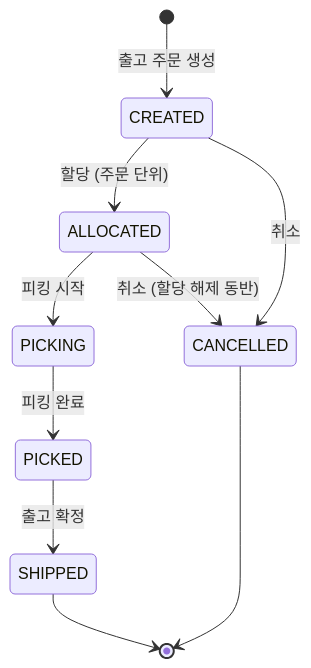
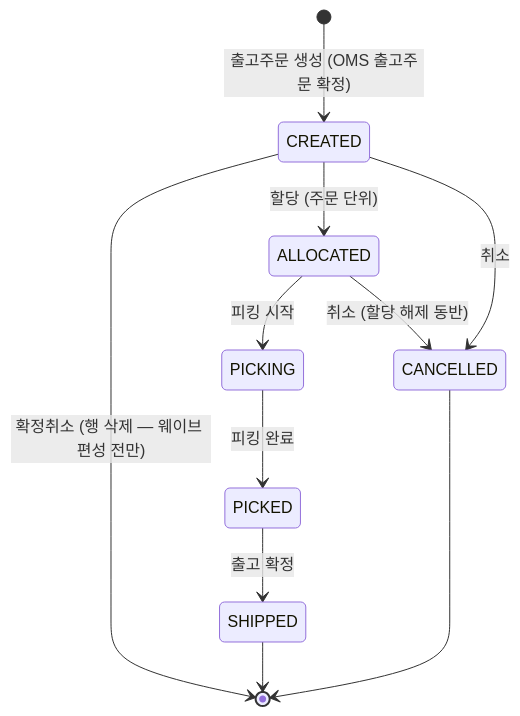
The fourth of 4 diagrams in docs/design.md (jhogunhee/logistics-back), drawn with Mermaid before and after one commit. The commit also changed other lines of this file and 67 other files, not shown here.

First line of the commit message:
feat: OMS 출고주문 - 확정으로만 창고 출고주문이 생기는 2계층 구조

````diff
--- a/docs/design.md
+++ b/docs/design.md
@@ -195,12 +211,13 @@
 ```mermaid
 stateDiagram-v2
-    [*] --> CREATED : 출고 주문 생성
+    [*] --> CREATED : 출고주문 생성 (OMS 출고주문 확정)
+    CREATED --> [*] : 확정취소 (행 삭제 — 웨이브 편성 전만)
     CREATED --> ALLOCATED : 할당 (주문 단위)
     CREATED --> CANCELLED : 취소
     ALLOCATED --> PICKING : 피킹 시작
     ALLOCATED --> CANCELLED : 취소 (할당 해제 동반)
     PICKING --> PICKED : 피킹 완료
     PICKED --> SHIPPED : 출고 확정
     SHIPPED --> [*]
     CANCELLED --> [*]
 ```
````
